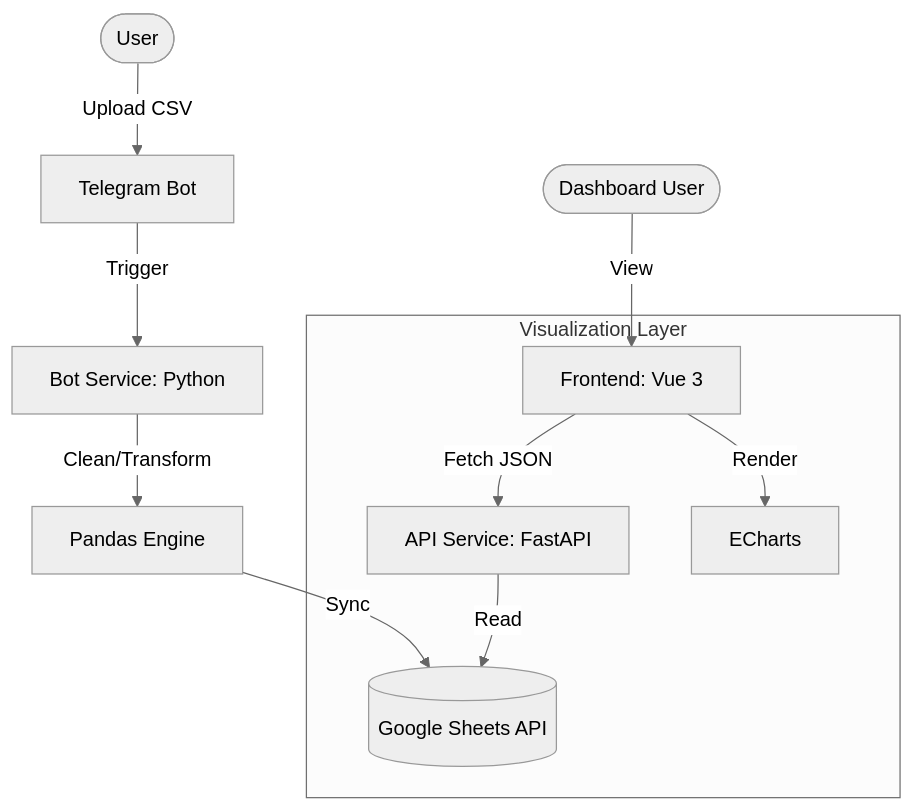
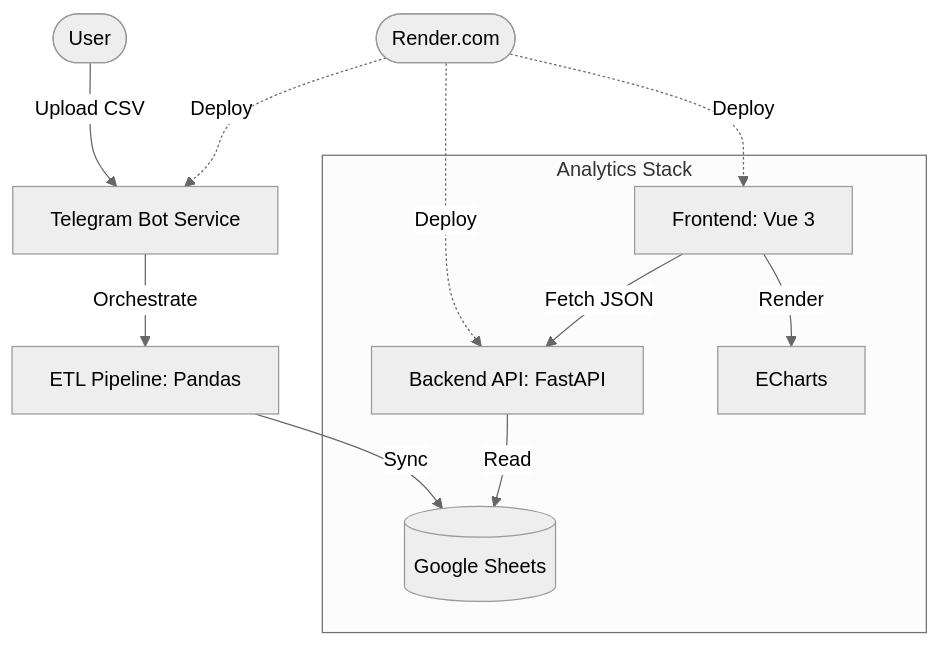
Before and after one commit to DamienBarnesAutomations/budget-tracker-analytics: the diagram in README.md, drawn with Mermaid (neutral theme). The commit also changed other lines of this file and 7 other files, not shown here.

````diff
--- a/README.md
+++ b/README.md
@@ -7,15 +7,16 @@
 ```mermaid
 graph TD
-    User([User]) -->|Upload CSV| Telegram[Telegram Bot]
-    Telegram -->|Trigger| BotSvc[Bot Service: Python]
-    BotSvc -->|Clean/Transform| Pandas[Pandas Engine]
-    Pandas -->|Sync| GSheets[(Google Sheets API)]
+    User([User]) -->|Upload CSV| TG[Telegram Bot Service]
+    TG -->|Orchestrate| ETL[ETL Pipeline: Pandas]
+    ETL -->|Sync| GS[(Google Sheets)]
     
-    subgraph "Visualization Layer"
-        APISvc[API Service: FastAPI] -->|Read| GSheets
-        VueApp[Frontend: Vue 3] -->|Fetch JSON| APISvc
-        VueApp -->|Render| ECharts[ECharts]
+    subgraph "Analytics Stack"
+        API[Backend API: FastAPI] -->|Read| GS
+        UI[Frontend: Vue 3] -->|Fetch JSON| API
+        UI -->|Render| ECharts[ECharts]
     end
     
-    Dashboard([Dashboard User]) -->|View| VueApp
+    Cloud([Render.com]) -.->|Deploy| TG
+    Cloud -.->|Deploy| API
+    Cloud -.->|Deploy| UI
 ```
````
